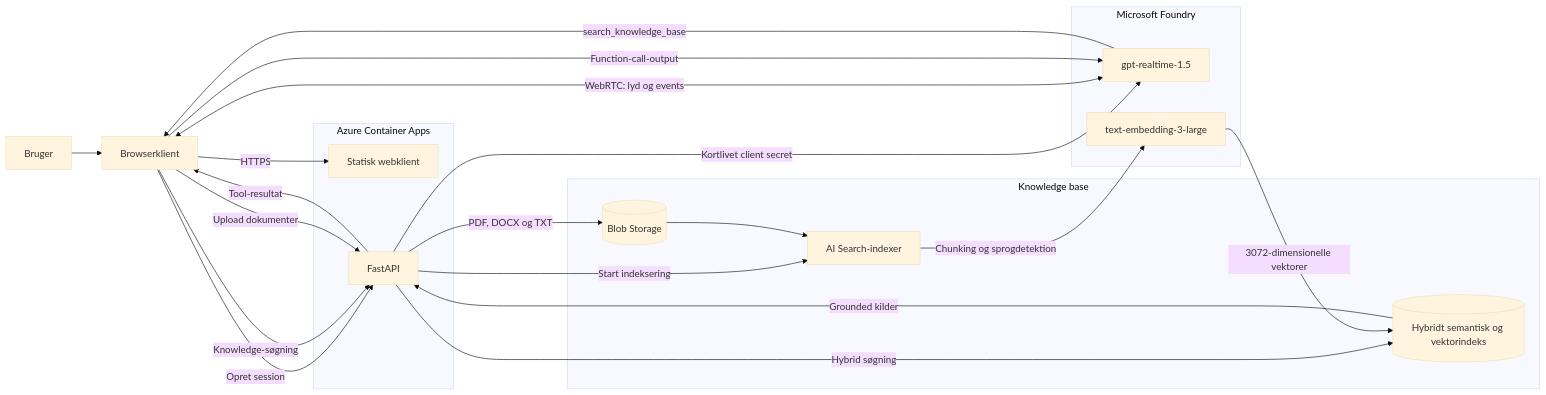
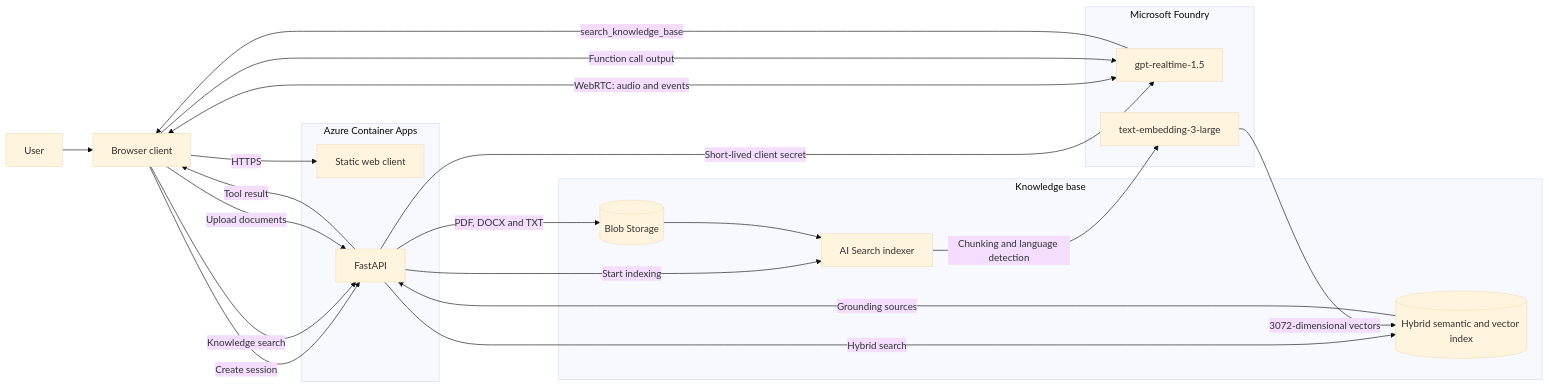
Before and after one commit to khyld/realtime_demo: the diagram in readme.md, drawn with Mermaid (base theme). The commit also changed other lines of this file and 1 other file, not shown here.

````diff
--- a/readme.md
+++ b/readme.md
@@ -7,39 +9,39 @@
 ```mermaid
 flowchart LR
-	user[Bruger] --> browser[Browserklient]
+	user[User] --> browser[Browser client]
 
 	subgraph app[Azure Container Apps]
-		static[Statisk webklient]
+		static[Static web client]
 		api[FastAPI]
 	end
 
 	subgraph foundry[Microsoft Foundry]
 		realtime[gpt-realtime-1.5]
 		embeddings[text-embedding-3-large]
 	end
 
 	subgraph knowledge[Knowledge base]
 		blob[(Blob Storage)]
-		indexer[AI Search-indexer]
-		index[(Hybridt semantisk og vektorindeks)]
+		indexer[AI Search indexer]
+		index[(Hybrid semantic and vector index)]
 	end
 
 	browser -- HTTPS --> static
-	browser -- Opret session --> api
-	api -- Kortlivet client secret --> realtime
-	browser <-- WebRTC: lyd og events --> realtime
+	browser -- Create session --> api
+	api -- Short-lived client secret --> realtime
+	browser <-- WebRTC: audio and events --> realtime
 
 	realtime -- search_knowledge_base --> browser
-	browser -- Knowledge-søgning --> api
-	api -- Hybrid søgning --> index
-	index -- Grounded kilder --> api
-	api -- Tool-resultat --> browser
-	browser -- Function-call-output --> realtime
+	browser -- Knowledge search --> api
+	api -- Hybrid search --> index
+	index -- Grounding sources --> api
+	api -- Tool result --> browser
+	browser -- Function call output --> realtime
 
-	browser -- Upload dokumenter --> api
-	api -- PDF, DOCX og TXT --> blob
-	api -- Start indeksering --> indexer
+	browser -- Upload documents --> api
+	api -- PDF, DOCX and TXT --> blob
+	api -- Start indexing --> indexer
 	blob --> indexer
-	indexer -- Chunking og sprogdetektion --> embeddings
-	embeddings -- 3072-dimensionelle vektorer --> index
+	indexer -- Chunking and language detection --> embeddings
+	embeddings -- 3072-dimensional vectors --> index
 ```
````
